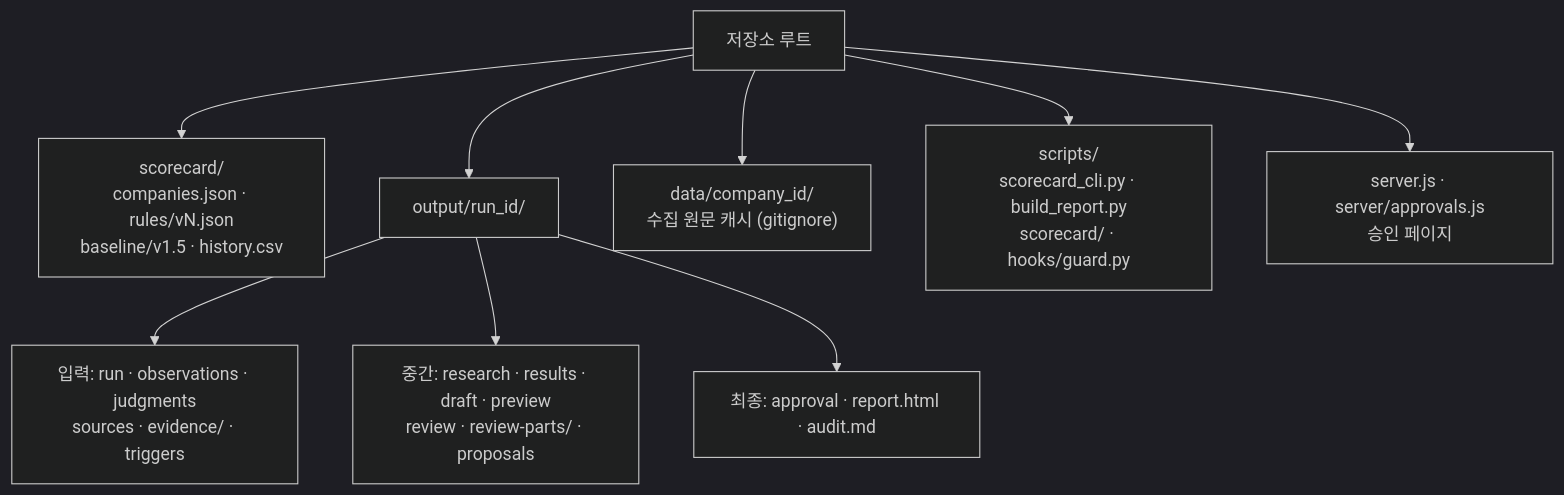
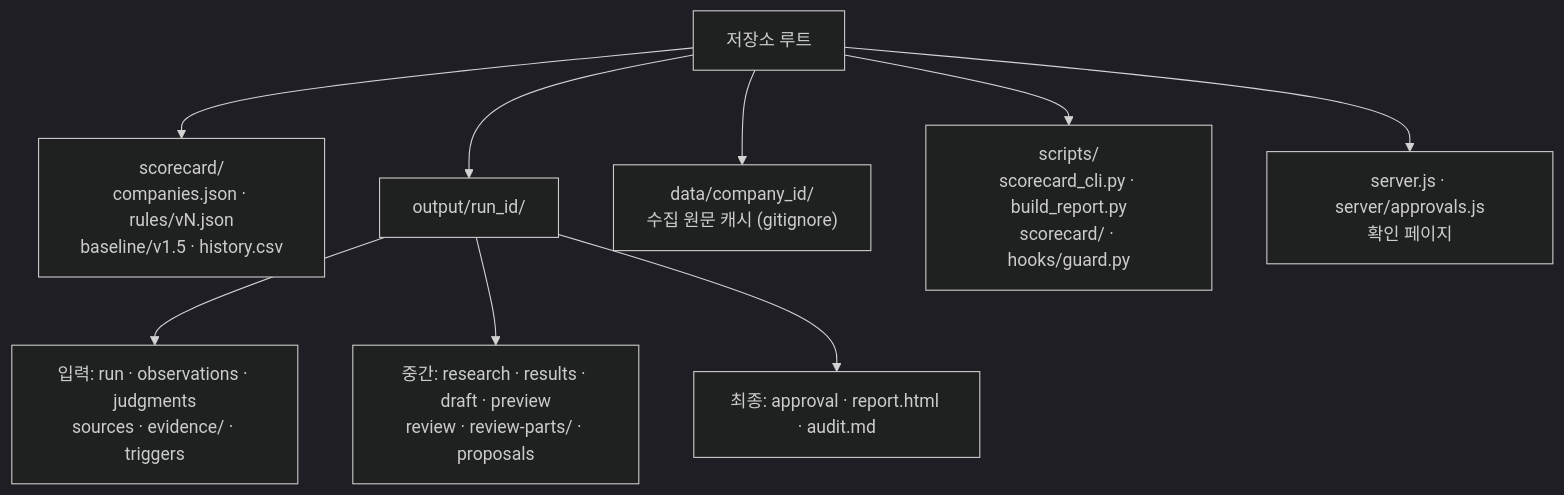
Before and after one commit to HANSOLJJ/stock-report-harness: the sixth of 6 diagrams in docs/scorecard/guide.md, drawn with Mermaid (dark theme). The commit also changed other lines of this file and 13 other files, not shown here.

````diff
--- a/docs/scorecard/guide.md
+++ b/docs/scorecard/guide.md
@@ -316,11 +315,11 @@
 ```mermaid
 flowchart TD
     ROOT["저장소 루트"] --> SC["scorecard/<br/>companies.json · rules/vN.json<br/>baseline/v1.5 · history.csv"]
     ROOT --> OUT["output/run_id/"]
     ROOT --> DATA["data/company_id/<br/>수집 원문 캐시 (gitignore)"]
     ROOT --> SCR["scripts/<br/>scorecard_cli.py · build_report.py<br/>scorecard/ · hooks/guard.py"]
-    ROOT --> SRV["server.js · server/approvals.js<br/>승인 페이지"]
+    ROOT --> SRV["server.js · server/approvals.js<br/>확인 페이지"]
     OUT --> IN2["입력: run · observations · judgments<br/>sources · evidence/ · triggers"]
     OUT --> MID["중간: research · results · draft · preview<br/>review · review-parts/ · proposals"]
     OUT --> FIN["최종: approval · report.html · audit.md"]
 ```
````
